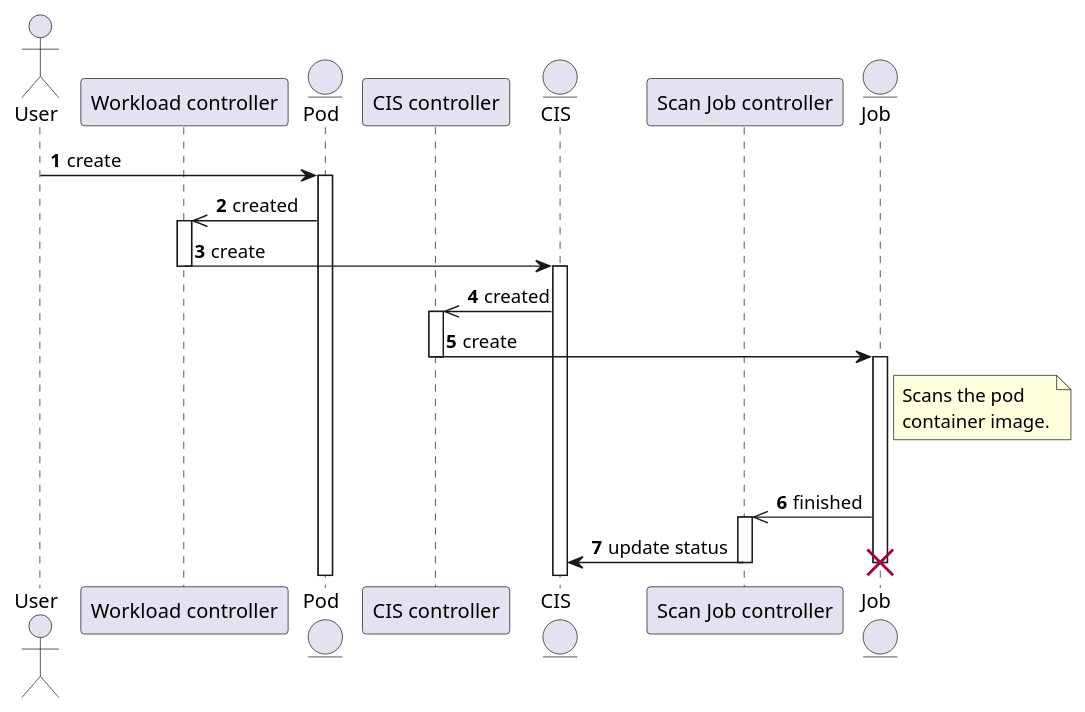
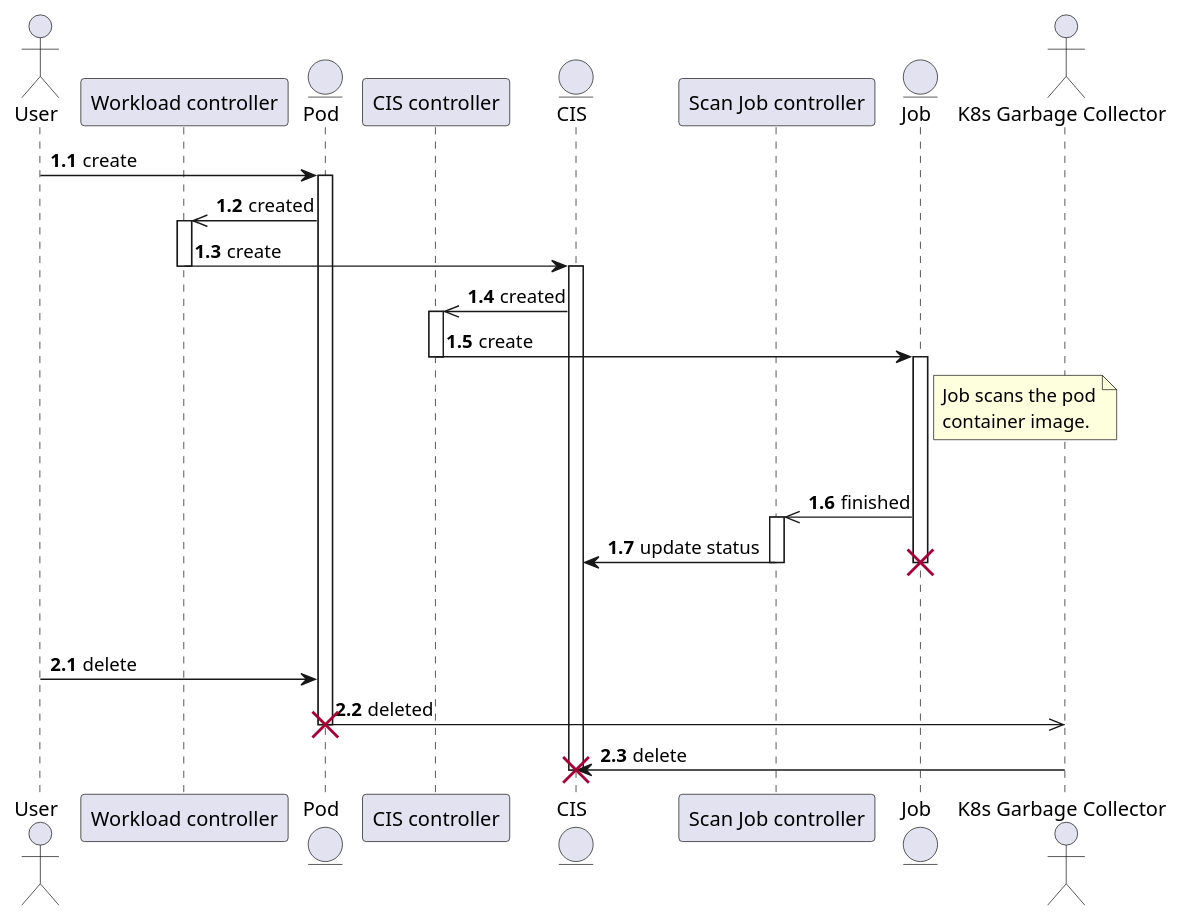
One commit to statnett/image-scanner-operator changed the diagram in docs/scan-sequence.puml. Above: the diagram before and after it, drawn with PlantUML.

Commit message:
Full lifecycle

```diff
--- a/docs/scan-sequence.puml
+++ b/docs/scan-sequence.puml
@@ -1,39 +1,51 @@
 @startuml
-autonumber
+autonumber 1.1
 
 actor       User       as user
 participant "Workload controller" as wc
 entity      Pod      as pod
 participant "CIS controller" as cc
 entity      CIS      as cis
 participant "Scan Job controller" as jc
 entity      Job      as job
+actor "K8s Garbage Collector" as gc
 
 user -> pod : create
 activate pod 
 
 wc <<- pod :created
 activate wc
 wc -> cis : create
 deactivate wc
 activate cis
 
 cc <<- cis : created
 activate cc
 cc -> job : create
 note right of job
-Scans the pod
+Job scans the pod
 container image.
 end note
 deactivate cc
 activate job
 
 |||
 
 jc <<- job: finished
 activate jc
 jc -> cis : update status
 deactivate jc
+
+|||
+
 destroy job
 
+|||
+
+autonumber 2.1
+user -> pod : delete
+gc <<- pod: deleted
+destroy pod
+gc -> cis : delete
+destroy cis
 @enduml
```
